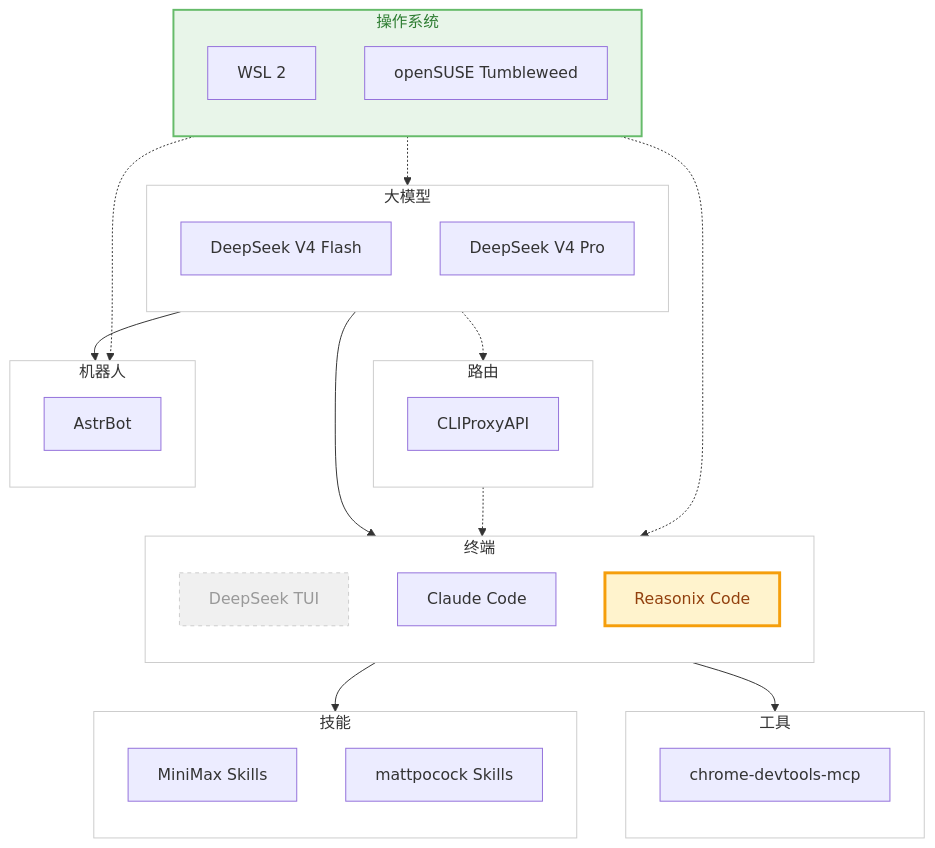
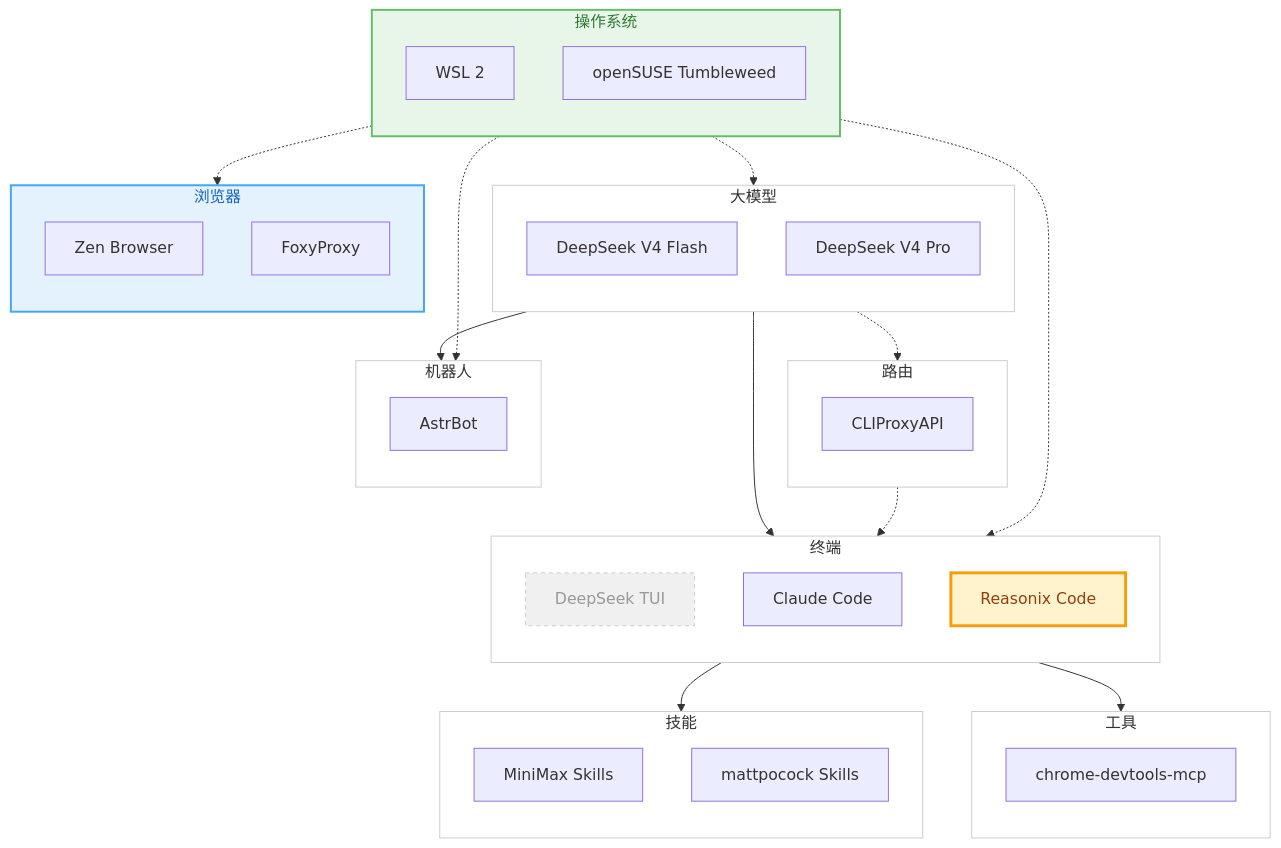
One commit to yuanxin518/ai-path changed the diagram in README.md. Above: the diagram before and after it, drawn with Mermaid. The commit also changed other lines of this file and 1 other file, not shown here.

Commit message:
feat(browser): 新增浏览器节点 — Zen Browser + FoxyProxy

````diff
--- a/README.md
+++ b/README.md
@@ -23,62 +23,70 @@
 ```mermaid
 flowchart TD
     subgraph N00["大模型"]
         direction TB
         DS1["DeepSeek V4 Flash"]
         DS2["DeepSeek V4 Pro"]
     end
     style N00 fill:#ffffff,stroke:#cccccc,stroke-width:1px,color:#333333
 
     subgraph N01["路由"]
         direction TB
         CPA["CLIProxyAPI"]
     end
     style N01 fill:#ffffff,stroke:#cccccc,stroke-width:1px,color:#333333
 
     subgraph N02["终端"]
         direction TB
         TUI["DeepSeek TUI"]
         CC["Claude Code"]
         RX["Reasonix Code"]
     end
     style TUI fill:#f0f0f0,stroke:#cccccc,stroke-width:1px,stroke-dasharray:4 4,color:#999999
     style RX fill:#fff3cd,stroke:#f59e0b,stroke-width:3px,color:#92400e
     style N02 fill:#ffffff,stroke:#cccccc,stroke-width:1px,color:#333333
 
     subgraph N03["技能"]
         direction TB
         MSK["MiniMax Skills"]
         PSK["mattpocock Skills"]
     end
     style N03 fill:#ffffff,stroke:#cccccc,stroke-width:1px,color:#333333
 
     subgraph N04["工具"]
         direction TB
         CDM["chrome-devtools-mcp"]
     end
     style N04 fill:#ffffff,stroke:#cccccc,stroke-width:1px,color:#333333
 
     subgraph N05["机器人"]
         direction TB
         AB["AstrBot"]
     end
     style N05 fill:#ffffff,stroke:#cccccc,stroke-width:1px,color:#333333
 
     N00 --> N02
     N00 -.-> N01
     N01 -.-> N02
     N02 --> N03
     N02 --> N04
     N00 --> N05
 
     subgraph N06["操作系统"]
         direction TB
         WSL["WSL 2"]
         SUSE["openSUSE Tumbleweed"]
     end
     style N06 fill:#e8f5e9,stroke:#66bb6a,stroke-width:2px,color:#2e7d32
 
     N06 -.-> N00
     N06 -.-> N02
     N06 -.-> N05
+    N06 -.-> N07
+
+    subgraph N07["浏览器"]
+        direction TB
+        ZB["Zen Browser"]
+        FP["FoxyProxy"]
+    end
+    style N07 fill:#e3f2fd,stroke:#42a5f5,stroke-width:2px,color:#1565c0
 ```
````
